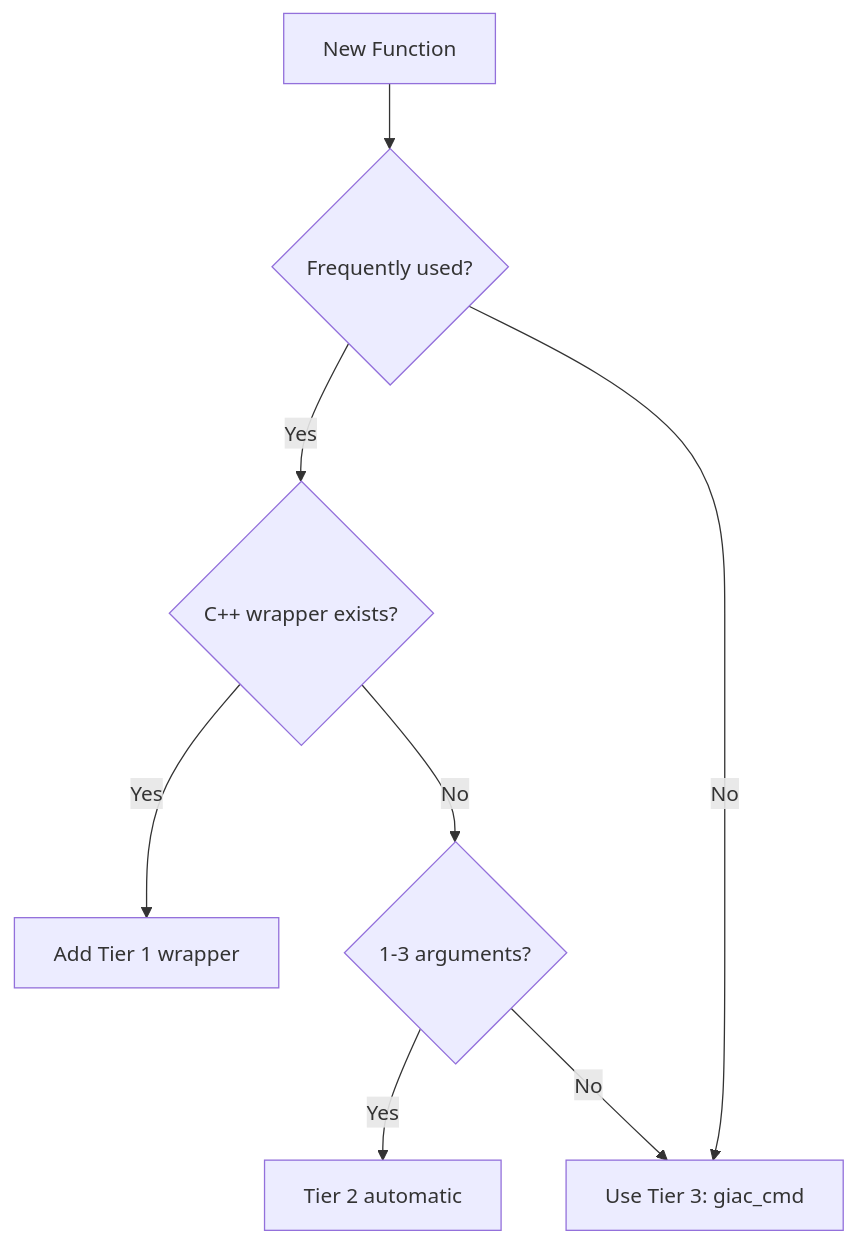
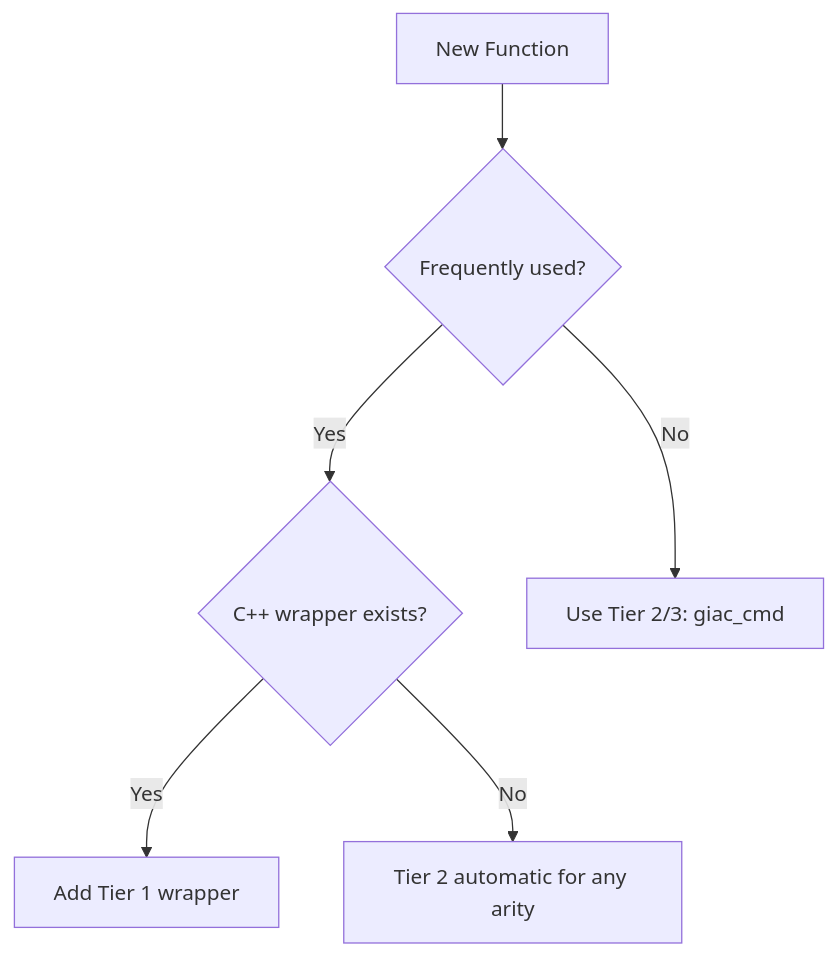
One commit to s-celles/Giac.jl changed the third of 3 diagrams in docs/src/developer/tier-system.md. Above: the diagram before and after it, drawn with Mermaid. The commit also changed other lines of this file, not shown here.

First line of the commit message:
docs: update tier-system documentation for N-ary dispatch

````diff
--- a/docs/src/developer/tier-system.md
+++ b/docs/src/developer/tier-system.md
@@ -216,10 +248,8 @@
 ```mermaid
 flowchart TD
     A[New Function] --> B{Frequently used?}
     B -->|Yes| C{C++ wrapper exists?}
-    B -->|No| D[Use Tier 3: giac_cmd]
+    B -->|No| D[Use Tier 2/3: giac_cmd]
     C -->|Yes| E[Add Tier 1 wrapper]
-    C -->|No| F{1-3 arguments?}
-    F -->|Yes| G[Tier 2 automatic]
-    F -->|No| D
+    C -->|No| F[Tier 2 automatic for any arity]
 ```
````
